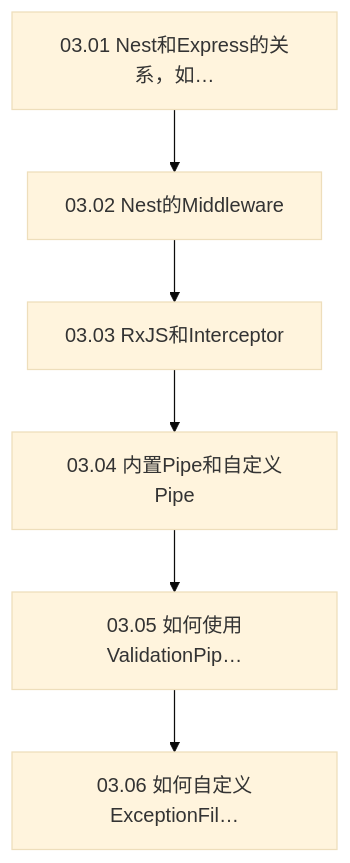
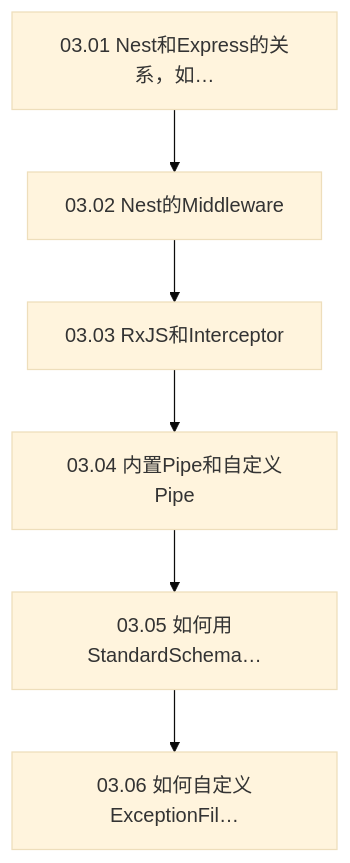
The diagram in docs/nest/book/ch-03-请求链路/_chapter.md (flylea/notes), drawn with Mermaid (base theme) before and after one commit. The commit also changed other lines of this file and 84 other files, not shown here.

First line of the commit message:
refactor(nest): migrate validation from class-validator to Standard Schema (zod 4)

````diff
--- a/docs/nest/book/ch-03-请求链路/_chapter.md
+++ b/docs/nest/book/ch-03-请求链路/_chapter.md
@@ -11,14 +11,14 @@
 ```mermaid
 flowchart TD
   s1["03.01 Nest和Express的关系，如…"]
   s2["03.02 Nest的Middleware"]
   s3["03.03 RxJS和Interceptor"]
   s4["03.04 内置Pipe和自定义Pipe"]
-  s5["03.05 如何使用ValidationPip…"]
+  s5["03.05 如何用StandardSchema…"]
   s6["03.06 如何自定义ExceptionFil…"]
   s1 --> s2
   s2 --> s3
   s3 --> s4
   s4 --> s5
   s5 --> s6
 ```
````
